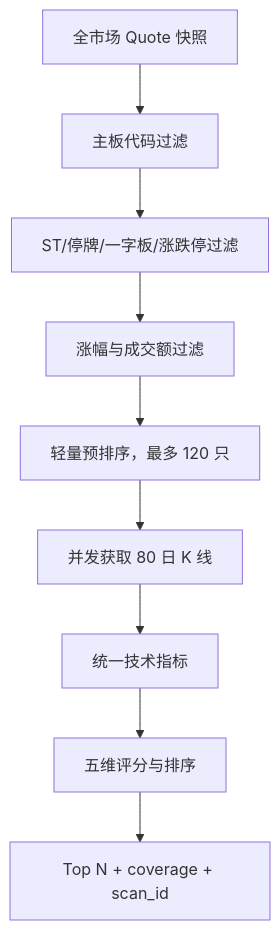
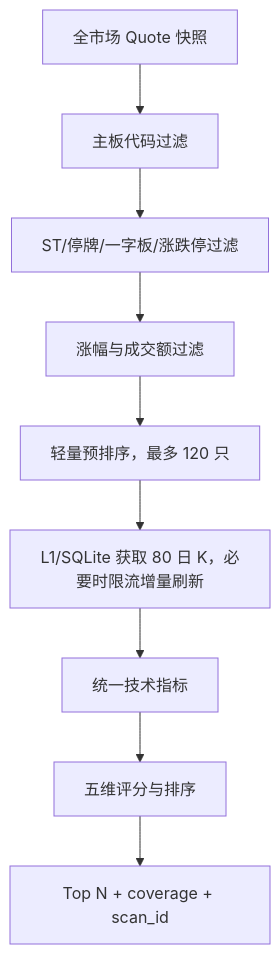
Before and after one commit to yoongyoongs/gpt-market: the second of 2 diagrams in docs/development-design.md, drawn with Mermaid. The commit also changed other lines of this file and 24 other files, not shown here.

````diff
--- a/docs/development-design.md
+++ b/docs/development-design.md
@@ -217,11 +225,11 @@
 ```mermaid
 flowchart TD
     A[全市场 Quote 快照] --> B[主板代码过滤]
     B --> C[ST/停牌/一字板/涨跌停过滤]
     C --> D[涨幅与成交额过滤]
     D --> E[轻量预排序，最多 120 只]
-    E --> F[并发获取 80 日 K 线]
+    E --> F[L1/SQLite 获取 80 日 K，必要时限流增量刷新]
     F --> G[统一技术指标]
     G --> H[五维评分与排序]
     H --> I[Top N + coverage + scan_id]
 ```
````
